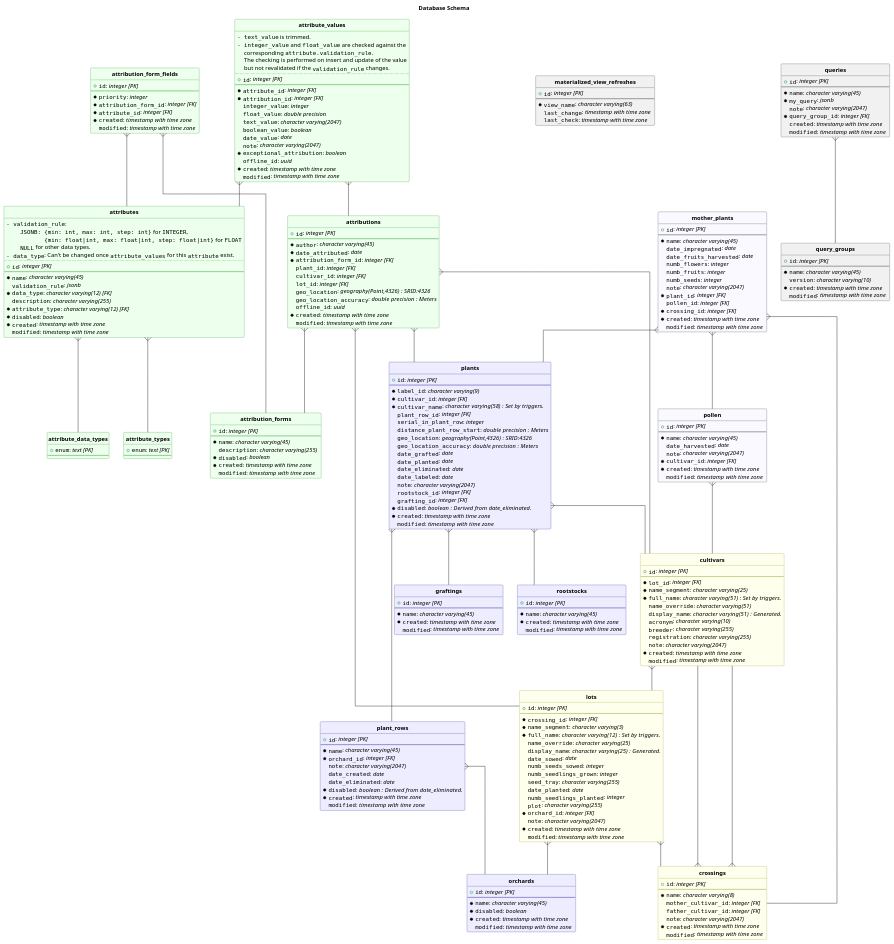
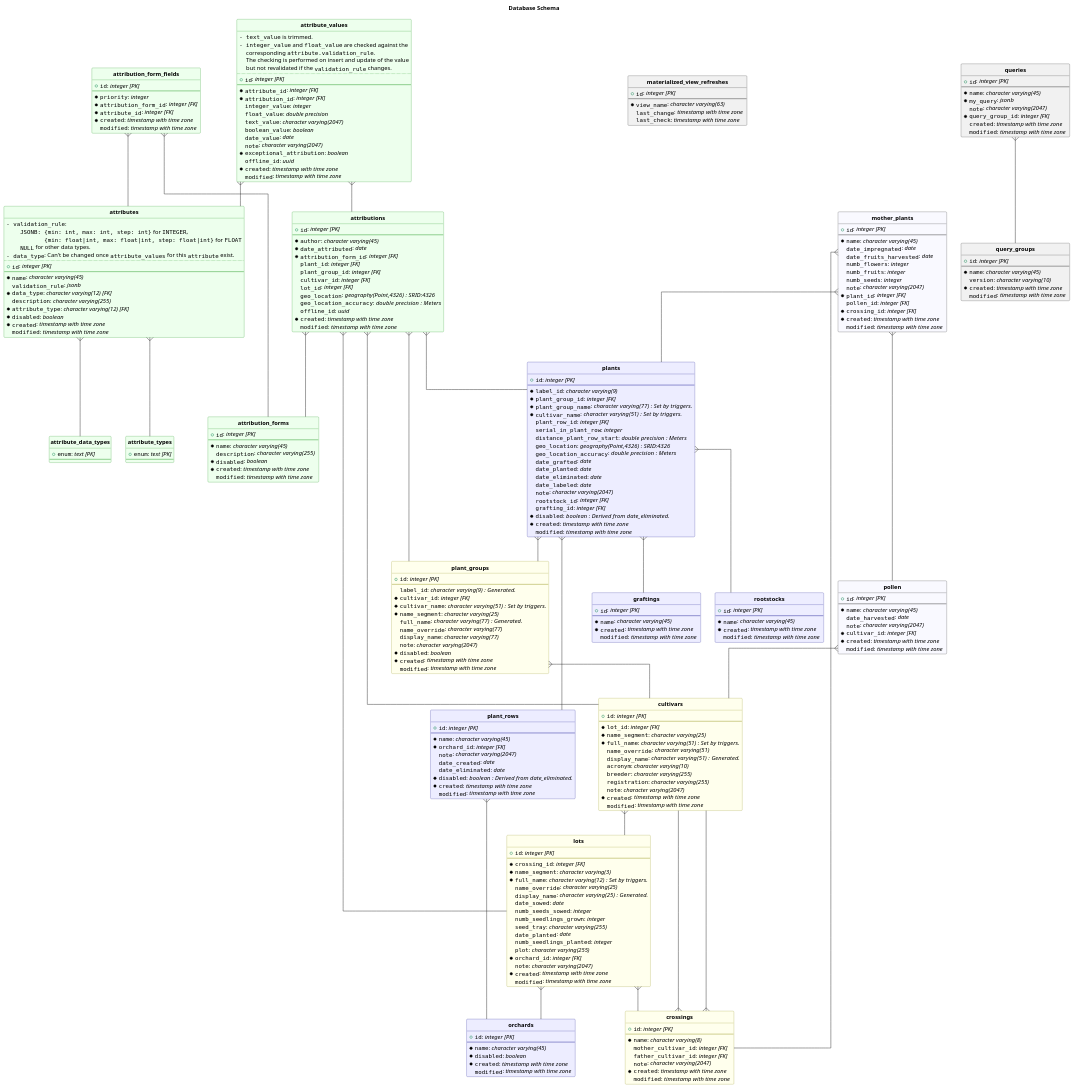
Before and after one commit to bolliger-tech/breedersdb.com: the diagram in backend/docs/database.puml, drawn with PlantUML. The commit also changed 2 other files, not shown here.

Commit message:
Update database UML

```diff
--- a/backend/docs/database.puml
+++ b/backend/docs/database.puml
@@ -74,6 +74,7 @@
   *""date_attributed"": //date //
   *""attribution_form_id"": //integer [FK]//
   ""plant_id"": //integer [FK]//
+  ""plant_group_id"": //integer [FK]//
   ""cultivar_id"": //integer [FK]//
   ""lot_id"": //integer [FK]//
   ""geo_location"": //geography(Point,4326)  : SRID:4326//
@@ -173,6 +174,22 @@
   ""modified"": //timestamp with time zone //
 }
 
+entity "**plant_groups**" #ffff0012 ##888800 {
+  + ""id"": //integer [PK]//
+  --
+  ""label_id"": //character varying(9)  : Generated.//
+  *""cultivar_id"": //integer [FK]//
+  *""cultivar_name"": //character varying(51)  : Set by triggers.//
+  *""name_segment"": //character varying(25) //
+  ""full_name"": //character varying(77)  : Generated.//
+  ""name_override"": //character varying(77) //
+  ""display_name"": //character varying(77) //
+  ""note"": //character varying(2047) //
+  *""disabled"": //boolean //
+  *""created"": //timestamp with time zone //
+  ""modified"": //timestamp with time zone //
+}
+
 entity "**plant_rows**" #0000ff12 ##000088 {
   + ""id"": //integer [PK]//
   --
@@ -190,8 +207,9 @@
   + ""id"": //integer [PK]//
   --
   *""label_id"": //character varying(9) //
-  *""cultivar_id"": //integer [FK]//
-  *""cultivar_name"": //character varying(58)  : Set by triggers.//
+  *""plant_group_id"": //integer [FK]//
+  *""plant_group_name"": //character varying(77)  : Set by triggers.//
+  *""cultivar_name"": //character varying(51)  : Set by triggers.//
   ""plant_row_id"": //integer [FK]//
   ""serial_in_plant_row"": //integer //
   ""distance_plant_row_start"": //double precision  : Meters//
@@ -266,6 +284,8 @@
 
 "**attributions**"   }--  "**lots**"
 
+"**attributions**"   }--  "**plant_groups**"
+
 "**attributions**"   }--  "**plants**"
 
 "**crossings**"   }--  "**cultivars**"
@@ -284,11 +304,13 @@
 
 "**mother_plants**"   }--  "**pollen**"
 
+"**plant_groups**"   }--  "**cultivars**"
+
 "**plant_rows**"   }--  "**orchards**"
 
-"**plants**"   }--  "**cultivars**"
+"**plants**"   }--  "**graftings**"
 
-"**plants**"   }--  "**graftings**"
+"**plants**"   }--  "**plant_groups**"
 
 "**plants**"   }--  "**plant_rows**"
 
```
